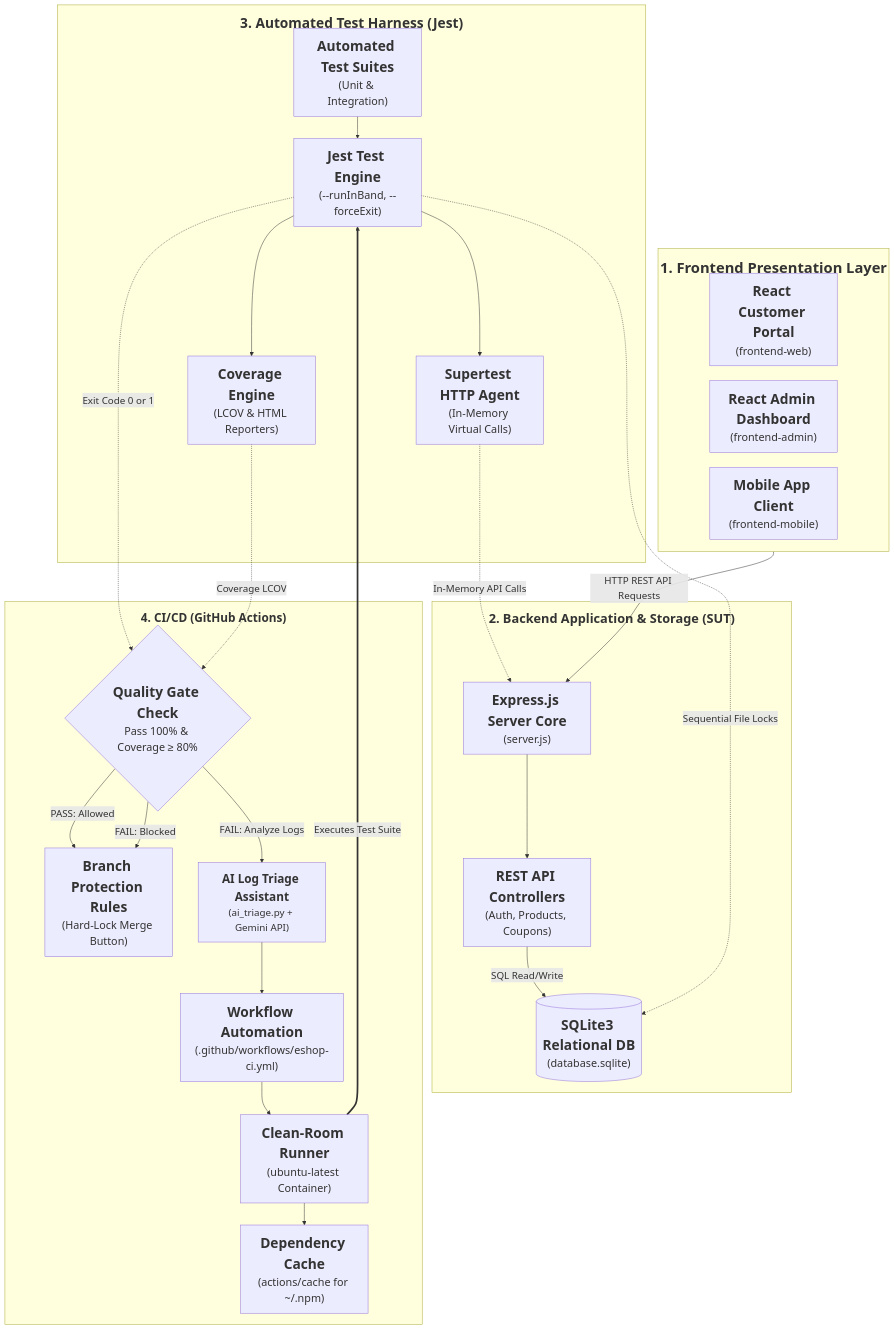
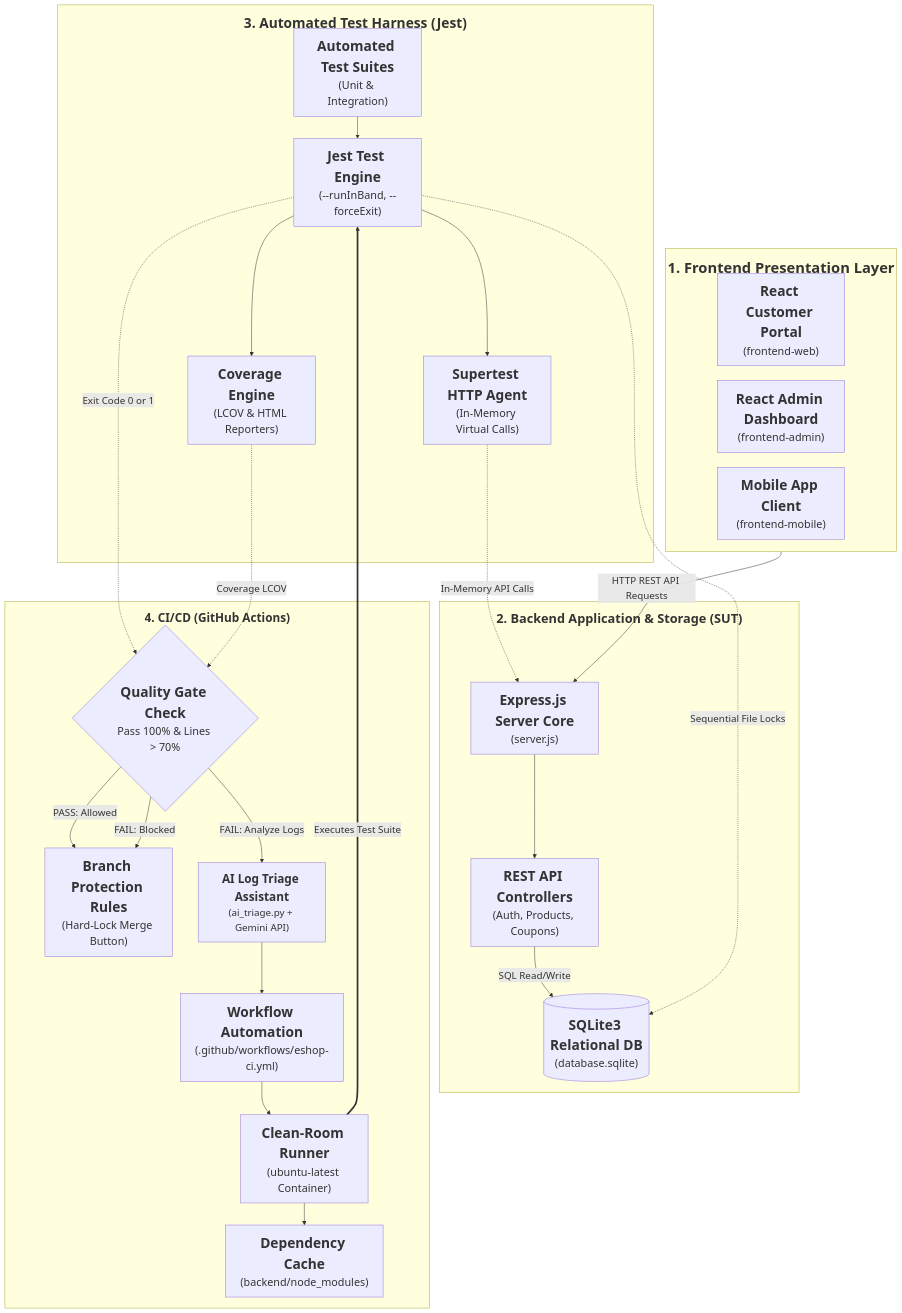
The first of 3 diagrams in User_Guide.md (SoftwareTesting-Group13/eshop-sut-seminar), drawn with Mermaid before and after one commit. The commit also changed other lines of this file, not shown here.

````diff
--- a/User_Guide.md
+++ b/User_Guide.md
@@ -107,73 +99,73 @@
 ```mermaid
 %%{init: {
   'flowchart': {
     'nodeSpacing': 30,
     'rankSpacing': 45,
     'curve': 'basis',
     'htmlLabels': true,
     'subGraphTitleMargin': {
       'top': 15,
       'bottom': 10
     }
   },
   'themeVariables': {
     'fontSize': '20px',
     'fontFamily': 'Segoe UI, Helvetica, Arial, sans-serif'
   }
 }}%%
 flowchart TB
     %% Group 1: Frontend Clients
     subgraph Frontend ["<span style='font-size:30px; font-weight:600;'>1. Frontend Presentation Layer</span>"]
         WebClient["<b><span style='font-size:28px;'>React Customer Portal</span></b><br/><span style='font-size:22px;'>(frontend-web)</span>"]
         AdminClient["<b><span style='font-size:28px;'>React Admin Dashboard</span></b><br/><span style='font-size:22px;'>(frontend-admin)</span>"]
         MobileClient["<b><span style='font-size:28px;'>Mobile App Client</span></b><br/><span style='font-size:22px;'>(frontend-mobile)</span>"]
     end
 
     %% Group 2: Backend SUT
     subgraph Backend ["<span style='font-size:26px; font-weight:600;'>2. Backend Application & Storage (SUT)</span>"]
         ExpressServer["<b><span style='font-size:28px;'>Express.js Server Core</span></b><br/><span style='font-size:22px;'>(server.js)</span>"]
         APIRoutes["<b><span style='font-size:28px;'>REST API Controllers</span></b><br/><span style='font-size:22px;'>(Auth, Products, Coupons)</span>"]
         SQLiteDB[("<b><span style='font-size:28px;'>SQLite3 Relational DB</span></b><br/><span style='font-size:22px;'>(database.sqlite)</span>")]
         
         ExpressServer --> APIRoutes
         APIRoutes -->|SQL Read/Write| SQLiteDB
     end
 
     %% Group 3: Automated Test Harness
     subgraph TestHarness ["<span style='font-size:28px; font-weight:600;'>3. Automated Test Harness (Jest)</span>"]
         JestRunner["<b><span style='font-size:28px;'>Jest Test Engine</span></b><br/><span style='font-size:22px;'>(--runInBand, --forceExit)</span>"]
         SupertestAgent["<b><span style='font-size:28px;'>Supertest HTTP Agent</span></b><br/><span style='font-size:22px;'>(In-Memory Virtual Calls)</span>"]
         TestSuites["<b><span style='font-size:28px;'>Automated Test Suites</span></b><br/><span style='font-size:22px;'>(Unit & Integration)</span>"]
         CoverageReport["<b><span style='font-size:28px;'>Coverage Engine</span></b><br/><span style='font-size:22px;'>(LCOV & HTML Reporters)</span>"]
 
         TestSuites --> JestRunner
         JestRunner --> SupertestAgent
         JestRunner --> CoverageReport
     end
 
     %% Group 4: CI/CD Pipeline
     subgraph CIInfrastructure ["<span style='font-size:24px; font-weight:600;'>4. CI/CD (GitHub Actions)</span>"]
         GHAWorkflow["<b><span style='font-size:28px;'>Workflow Automation</span></b><br/><span style='font-size:22px;'>(.github/workflows/eshop-ci.yml)</span>"]
         RunnerEnv["<b><span style='font-size:28px;'>Clean-Room Runner</span></b><br/><span style='font-size:22px;'>(ubuntu-latest Container)</span>"]
-        CacheStore["<b><span style='font-size:28px;'>Dependency Cache</span></b><br/><span style='font-size:22px;'>(actions/cache for ~/.npm)</span>"]
-        QualityGate{"<b><span style='font-size:28px;'>Quality Gate Check</span></b><br/><span style='font-size:22px;'>Pass 100% & Coverage ≥ 80%</span>"}
+        CacheStore["<b><span style='font-size:28px;'>Dependency Cache</span></b><br/><span style='font-size:22px;'>(backend/node_modules)</span>"]
+        QualityGate{"<b><span style='font-size:28px;'>Quality Gate Check</span></b><br/><span style='font-size:22px;'>Pass 100% & Lines > 70%</span>"}
         BranchProtection["<b><span style='font-size:28px;'>Branch Protection Rules</span></b><br/><span style='font-size:22px;'>(Hard-Lock Merge Button)</span>"]
         AITriageService["<b><span style='font-size:24px;'>AI Log Triage Assistant</span></b><br/><span style='font-size:20px;'>(ai_triage.py + Gemini API)</span>"]
 
         GHAWorkflow --> RunnerEnv
         RunnerEnv --> CacheStore
         QualityGate -->|PASS: Allowed| BranchProtection
         QualityGate -->|FAIL: Blocked| BranchProtection
         QualityGate -->|FAIL: Analyze Logs| AITriageService
         AITriageService --> GHAWorkflow
     end
 
     %% Cross-Component Connections
     Frontend -->|HTTP REST API Requests| ExpressServer
     SupertestAgent -.->|In-Memory API Calls| ExpressServer
     JestRunner -.->|Sequential File Locks| SQLiteDB
 
     RunnerEnv ==>|Executes Test Suite| JestRunner
     JestRunner -.->|Exit Code 0 or 1| QualityGate
     CoverageReport -.->|Coverage LCOV| QualityGate
 ```
````
